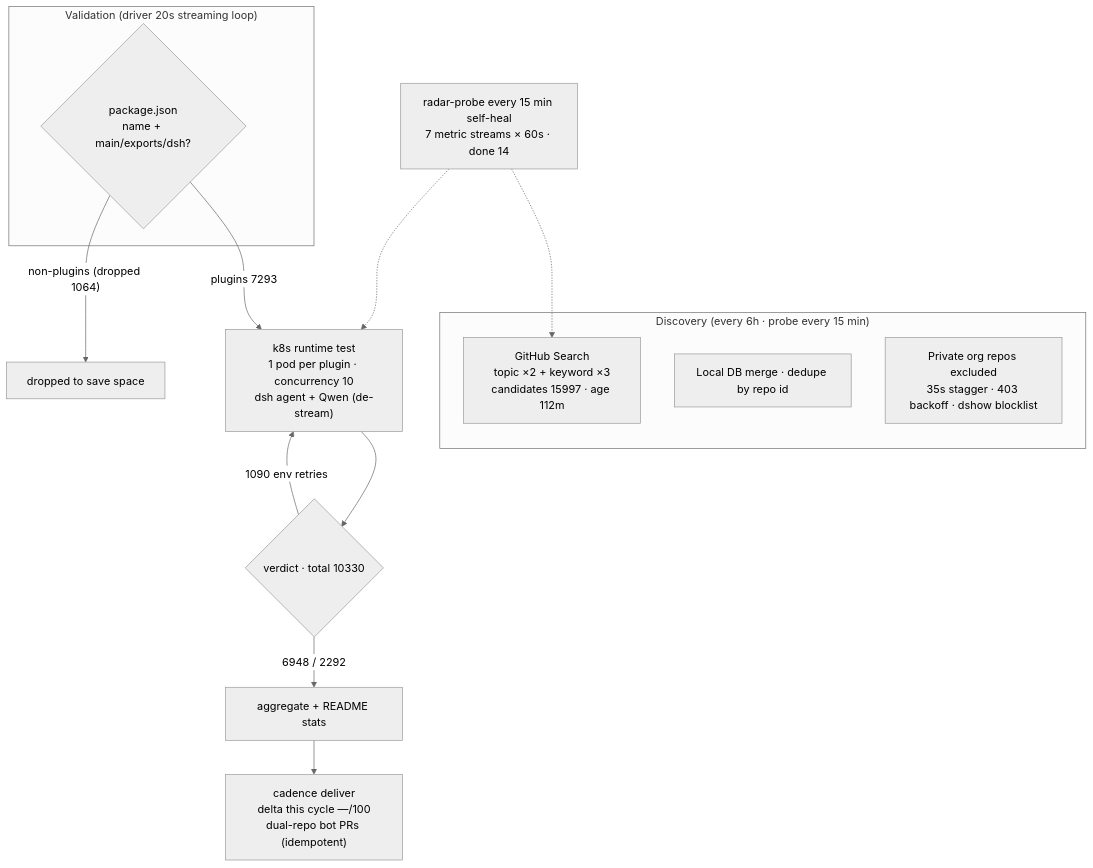
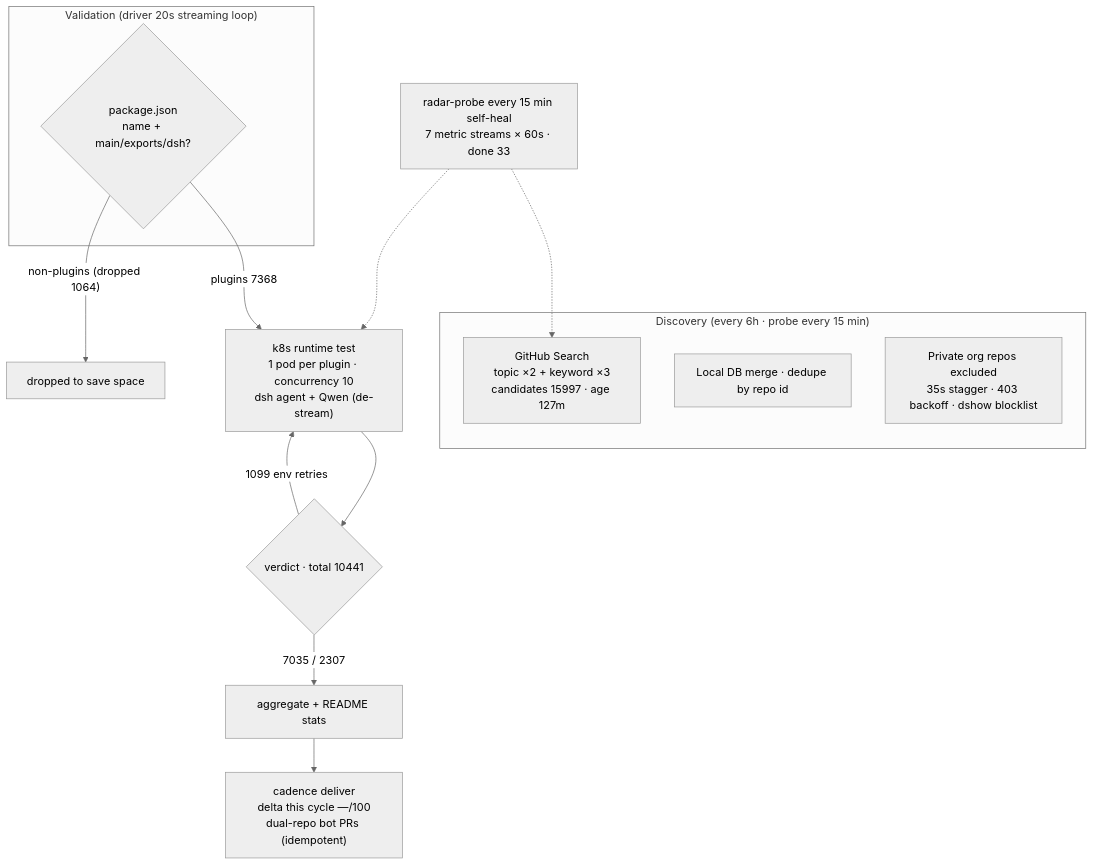
The diagram in README.en-US.md (AdamPlatin123/awesome-dsh-plugins), drawn with Mermaid (neutral theme) before and after one commit. The commit also changed other lines of this file and 4 other files, not shown here.

````diff
--- a/README.en-US.md
+++ b/README.en-US.md
@@ -45,20 +45,20 @@
 ```mermaid
 flowchart TB
     subgraph Discovery["Discovery (every 6h · probe every 15 min)"]
-        A1["GitHub Search<br/>topic ×2 + keyword ×3<br/>candidates 15997 · age 112m"]
+        A1["GitHub Search<br/>topic ×2 + keyword ×3<br/>candidates 15997 · age 127m"]
         A2["Local DB merge · dedupe by repo id"]
         A3["Private org repos excluded<br/>35s stagger · 403 backoff · dshow blocklist"]
     end
     subgraph Validation["Validation (driver 20s streaming loop)"]
         B1{"package.json<br/>name + main/exports/dsh?"}
     end
-    B1 -->|"plugins 7293"| C1["k8s runtime test<br/>1 pod per plugin · concurrency 10<br/>dsh agent + Qwen (de-stream)"]
+    B1 -->|"plugins 7368"| C1["k8s runtime test<br/>1 pod per plugin · concurrency 10<br/>dsh agent + Qwen (de-stream)"]
     B1 -->|"non-plugins (dropped 1064)"| B3["dropped to save space"]
-    C1 --> D1{"verdict · total 10330"}
-    D1 -->|"6948 / 2292"| E1["aggregate + README stats"]
-    D1 -->|"1090 env retries"| C1
+    C1 --> D1{"verdict · total 10441"}
+    D1 -->|"7035 / 2307"| E1["aggregate + README stats"]
+    D1 -->|"1099 env retries"| C1
     E1 --> E2["cadence deliver<br/>delta this cycle —/100<br/>dual-repo bot PRs (idempotent)"]
-    M["radar-probe every 15 min self-heal<br/>7 metric streams × 60s · done 14"]
+    M["radar-probe every 15 min self-heal<br/>7 metric streams × 60s · done 33"]
     M -.-> A1
     M -.-> C1
 ```
````
